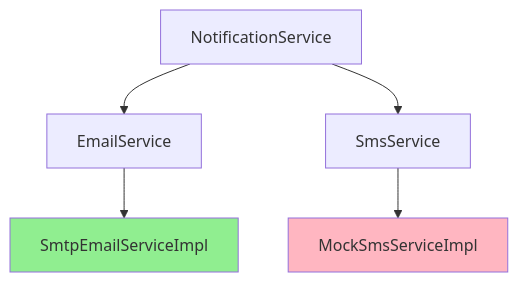
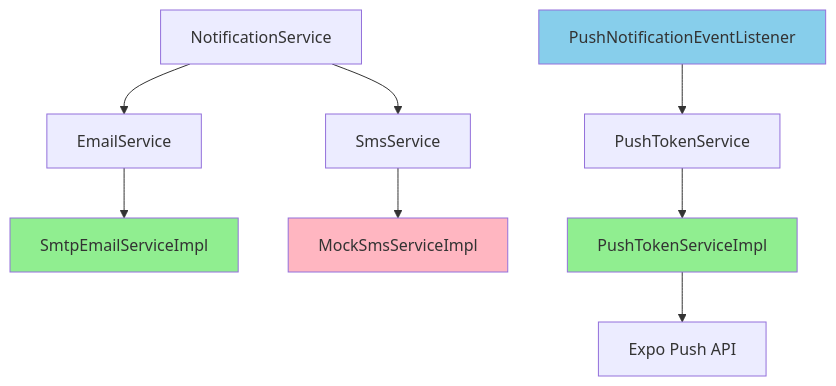
Before and after one commit to Sherllgen/DATN: the first of 3 diagrams in evgo/docs/walkthrough-notification-module.md, drawn with Mermaid. The commit also changed other lines of this file and 10 other files, not shown here.

Commit message:
Integrate SendPushNotificationEvent with FE

````diff
--- a/evgo/docs/walkthrough-notification-module.md
+++ b/evgo/docs/walkthrough-notification-module.md
@@ -20,10 +22,15 @@
 ```mermaid
 flowchart TD
     A[NotificationService] --> B[EmailService]
     A --> C[SmsService]
     B --> D[SmtpEmailServiceImpl]
     C --> E[MockSmsServiceImpl]
+    F[PushTokenService] --> G[PushTokenServiceImpl]
+    G --> H[Expo Push API]
+    I[PushNotificationEventListener] --> F
 
     style D fill:#90EE90
     style E fill:#FFB6C1
+    style G fill:#90EE90
+    style I fill:#87CEEB
 ```
````
